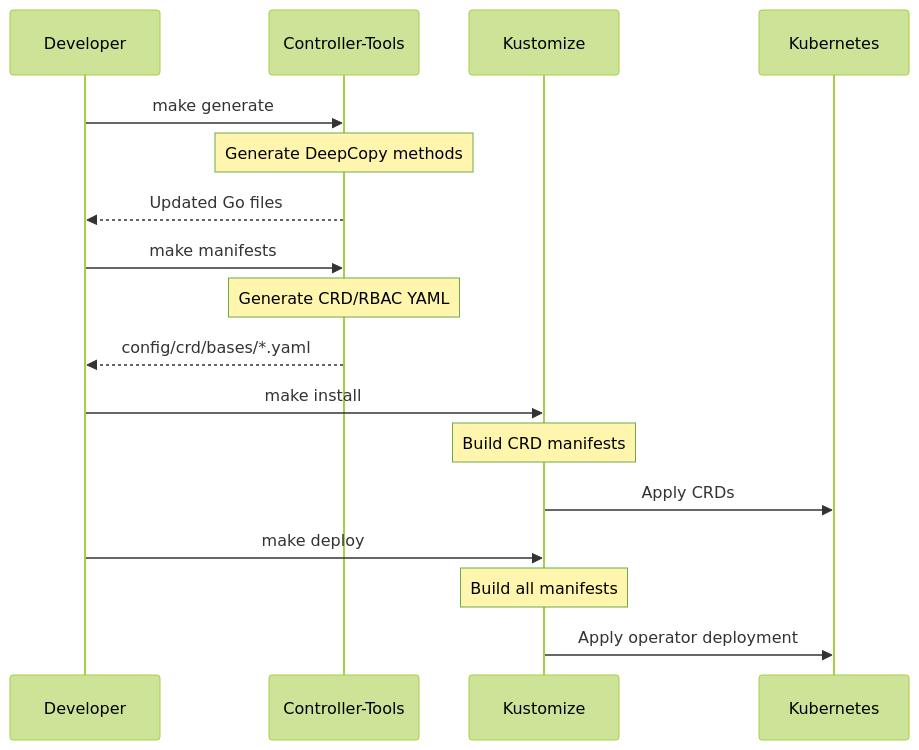
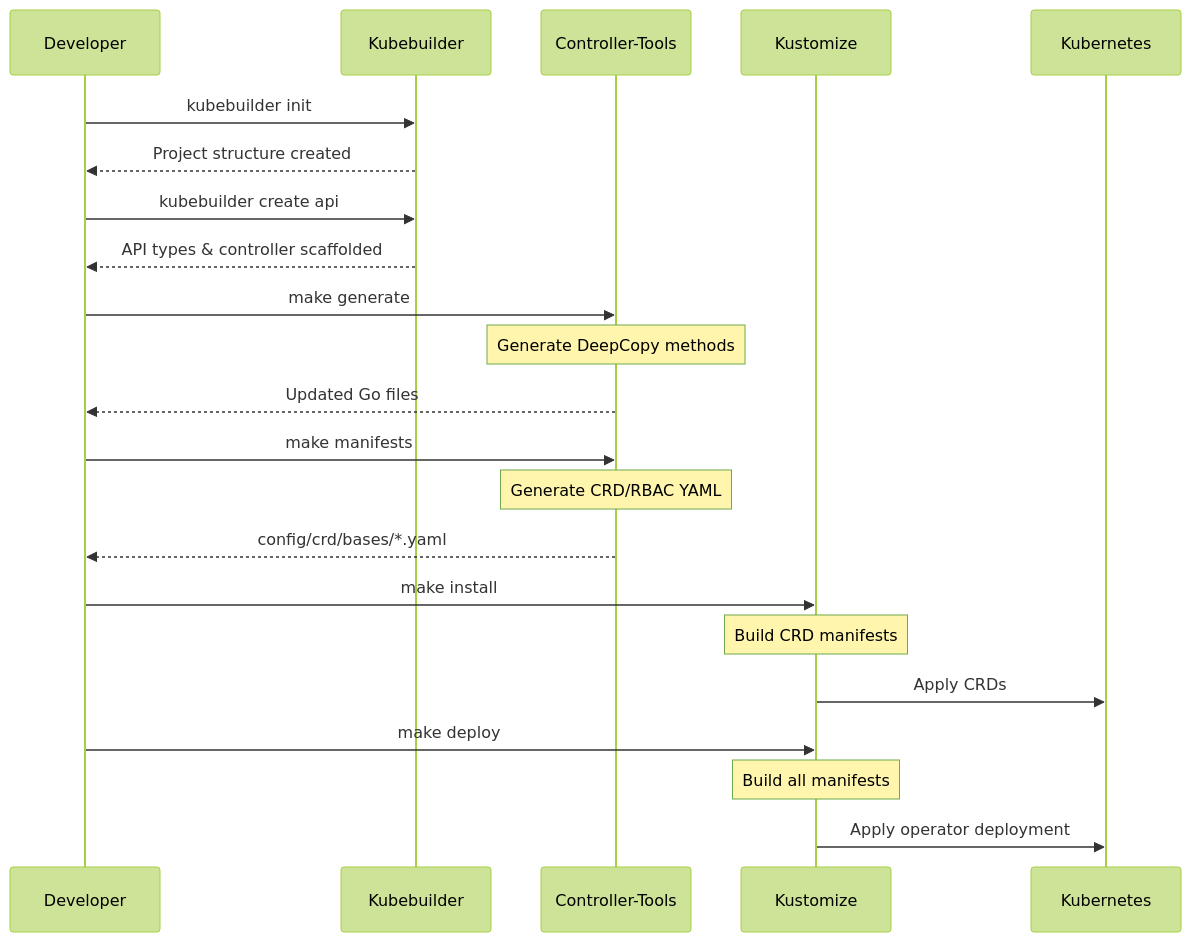
Before and after one commit to liweinan/k8s-example: the fourth of 5 diagrams in operator-example/README.md, drawn with Mermaid (forest theme). The commit also changed other lines of this file, not shown here.

````diff
--- a/operator-example/README.md
+++ b/operator-example/README.md
@@ -218,23 +261,30 @@
 ```mermaid
 sequenceDiagram
     participant Dev as Developer
+    participant KB as Kubebuilder
     participant CT as Controller-Tools
     participant K as Kustomize
     participant K8s as Kubernetes
+    
+    Dev->>KB: kubebuilder init
+    KB-->>Dev: Project structure created
+    
+    Dev->>KB: kubebuilder create api
+    KB-->>Dev: API types & controller scaffolded
     
     Dev->>CT: make generate
     Note over CT: Generate DeepCopy methods
     CT-->>Dev: Updated Go files
     
     Dev->>CT: make manifests
     Note over CT: Generate CRD/RBAC YAML
     CT-->>Dev: config/crd/bases/*.yaml
     
     Dev->>K: make install
     Note over K: Build CRD manifests
     K->>K8s: Apply CRDs
     
     Dev->>K: make deploy
     Note over K: Build all manifests
     K->>K8s: Apply operator deployment
 ```
````
